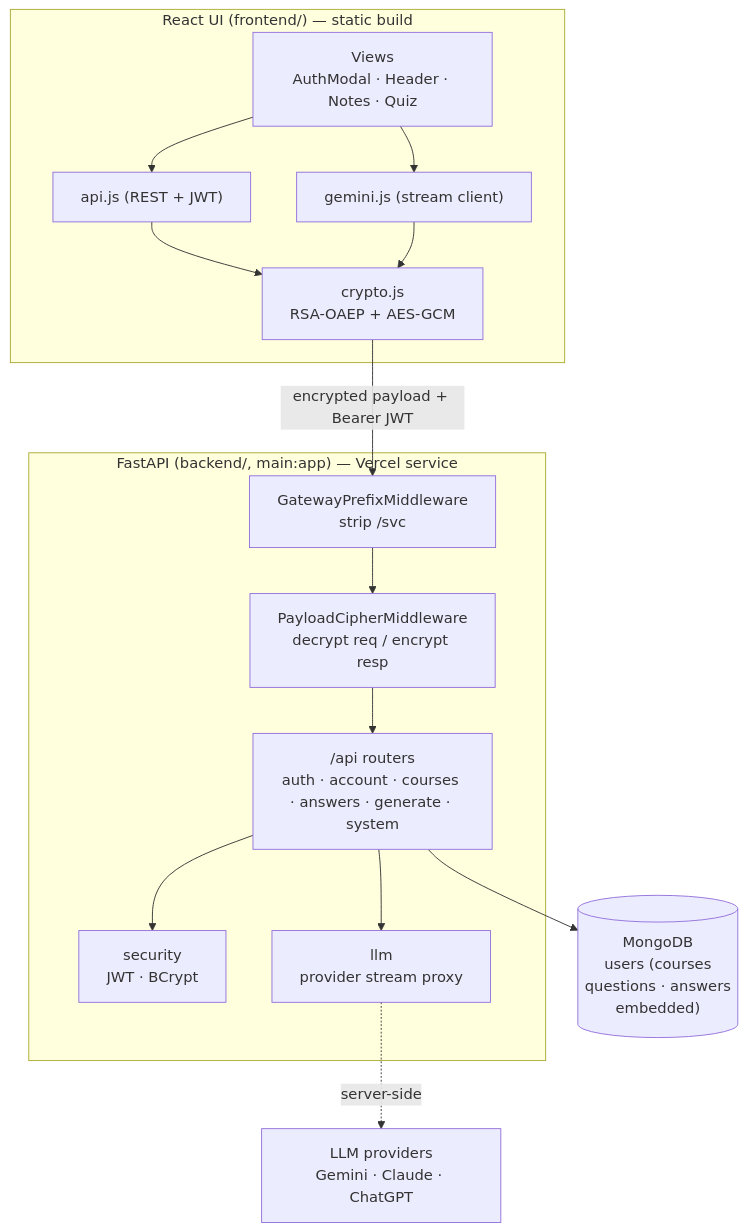
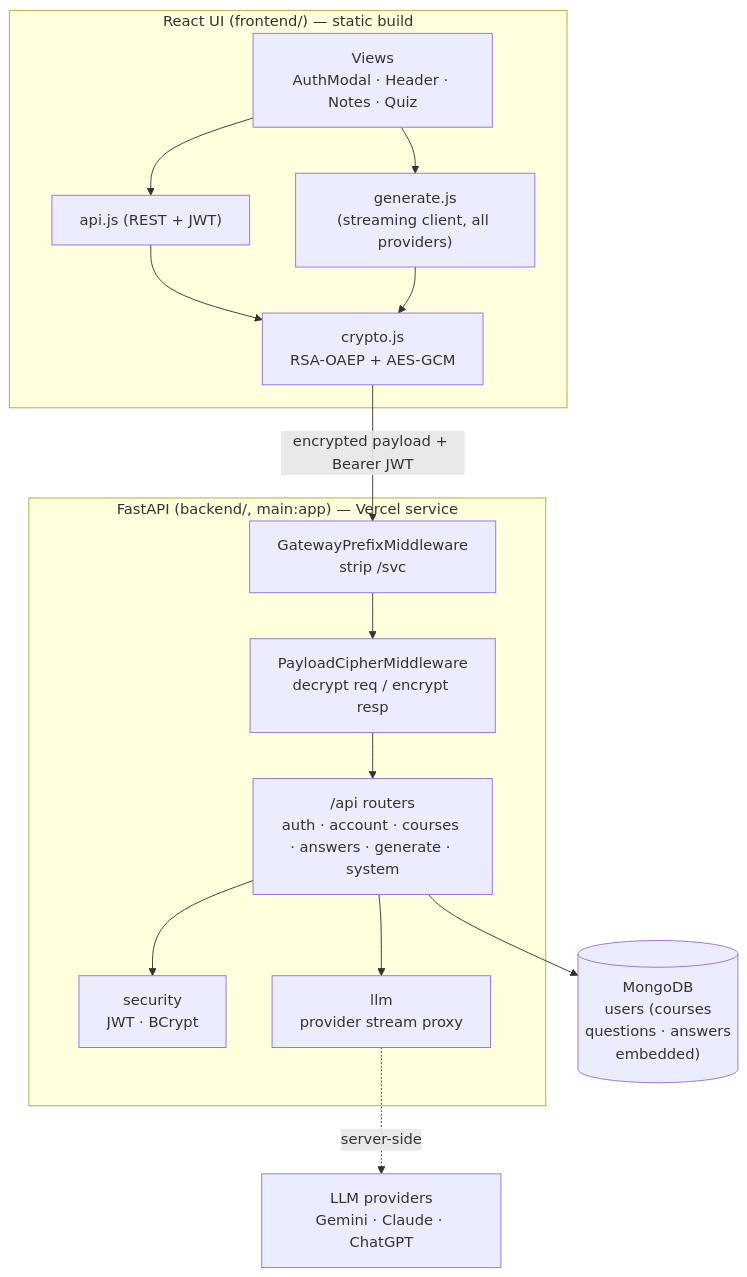
Before and after one commit to rishabh750/quiz: the first of 5 diagrams in docs/ARCHITECTURE.md, drawn with Mermaid. The commit also changed 12 other files, not shown here.

````diff
--- a/docs/ARCHITECTURE.md
+++ b/docs/ARCHITECTURE.md
@@ -9,28 +9,28 @@
 ```mermaid
 graph TB
   subgraph UI["React UI (frontend/) — static build"]
     V["Views<br/>AuthModal · Header · Notes · Quiz"]
     API["api.js (REST + JWT)"]
     CR["crypto.js<br/>RSA-OAEP + AES-GCM"]
-    LLM["gemini.js (stream client)"]
+    LLM["generate.js<br/>(streaming client, all providers)"]
     V --> API --> CR
     V --> LLM --> CR
   end
 
   subgraph Backend["FastAPI (backend/, main:app) — Vercel service"]
     GW["GatewayPrefixMiddleware<br/>strip /svc"]
     MW["PayloadCipherMiddleware<br/>decrypt req / encrypt resp"]
     R["/api routers<br/>auth · account · courses · answers · generate · system"]
     SEC["security<br/>JWT · BCrypt"]
     PROXY["llm<br/>provider stream proxy"]
     GW --> MW --> R --> SEC
     R --> PROXY
   end
 
   STORE[("MongoDB<br/>users (courses<br/>questions · answers<br/>embedded)")]
   PROV["LLM providers<br/>Gemini · Claude · ChatGPT"]
 
   CR -->|encrypted payload + Bearer JWT| GW
   R --> STORE
   PROXY -.server-side.-> PROV
 ```
````
